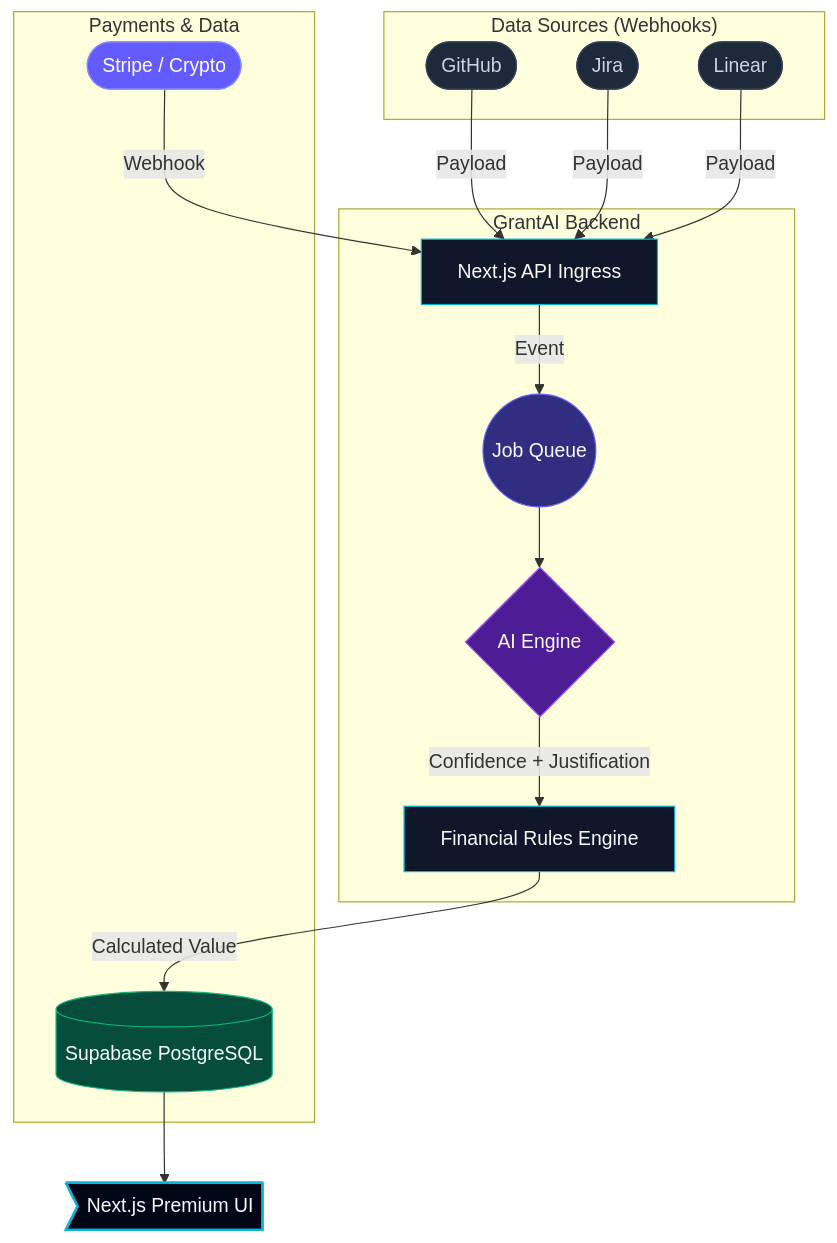
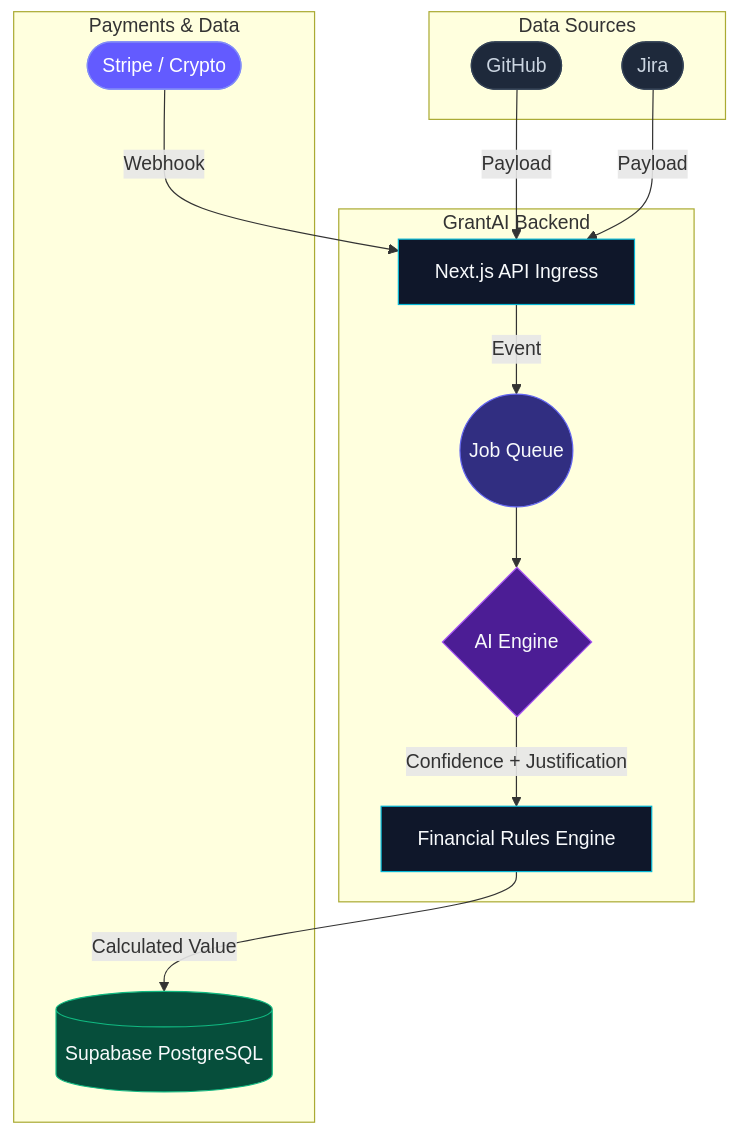
Before and after one commit to niswa123/GrantAI: the diagram in README.md, drawn with Mermaid. The commit also changed other lines of this file, not shown here.

Commit message:
docs: ultra premium animated README redesign

````diff
--- a/README.md
+++ b/README.md
@@ -111,42 +89,35 @@
 ```mermaid
 graph TD;
-    subgraph "Data Sources (Webhooks)"
+    subgraph "Data Sources"
       GH([GitHub]):::source
       JR([Jira]):::source
-      LN([Linear]):::source
     end
 
     subgraph "GrantAI Backend"
       API[Next.js API Ingress]:::backend
       ING((Job Queue)):::worker
       AI{AI Engine}:::ai
       FIN[Financial Rules Engine]:::backend
     end
 
     subgraph "Payments & Data"
       STR([Stripe / Crypto]):::payment
       DB[(Supabase PostgreSQL)]:::database
     end
 
-    UI>Next.js Premium UI]:::ui
-
     GH -->|Payload| API
     JR -->|Payload| API
-    LN -->|Payload| API
 
     API -->|Event| ING
     ING --> AI
     AI -->|Confidence + Justification| FIN
     FIN -->|Calculated Value| DB
     STR -->|Webhook| API
-    
-    DB --> UI
 
     classDef source fill:#1e293b,stroke:#334155,color:#cbd5e1;
     classDef backend fill:#0f172a,stroke:#06b6d4,color:#f8fafc;
     classDef worker fill:#312e81,stroke:#6366f1,color:#f8fafc;
     classDef ai fill:#4c1d95,stroke:#a855f7,color:#f8fafc;
     classDef database fill:#064e3b,stroke:#10b981,color:#f8fafc;
     classDef payment fill:#635BFF,stroke:#818cf8,color:#ffffff;
-    classDef ui fill:#020617,stroke:#06b6d4,color:#f8fafc,stroke-width:2px;
 ```
````
